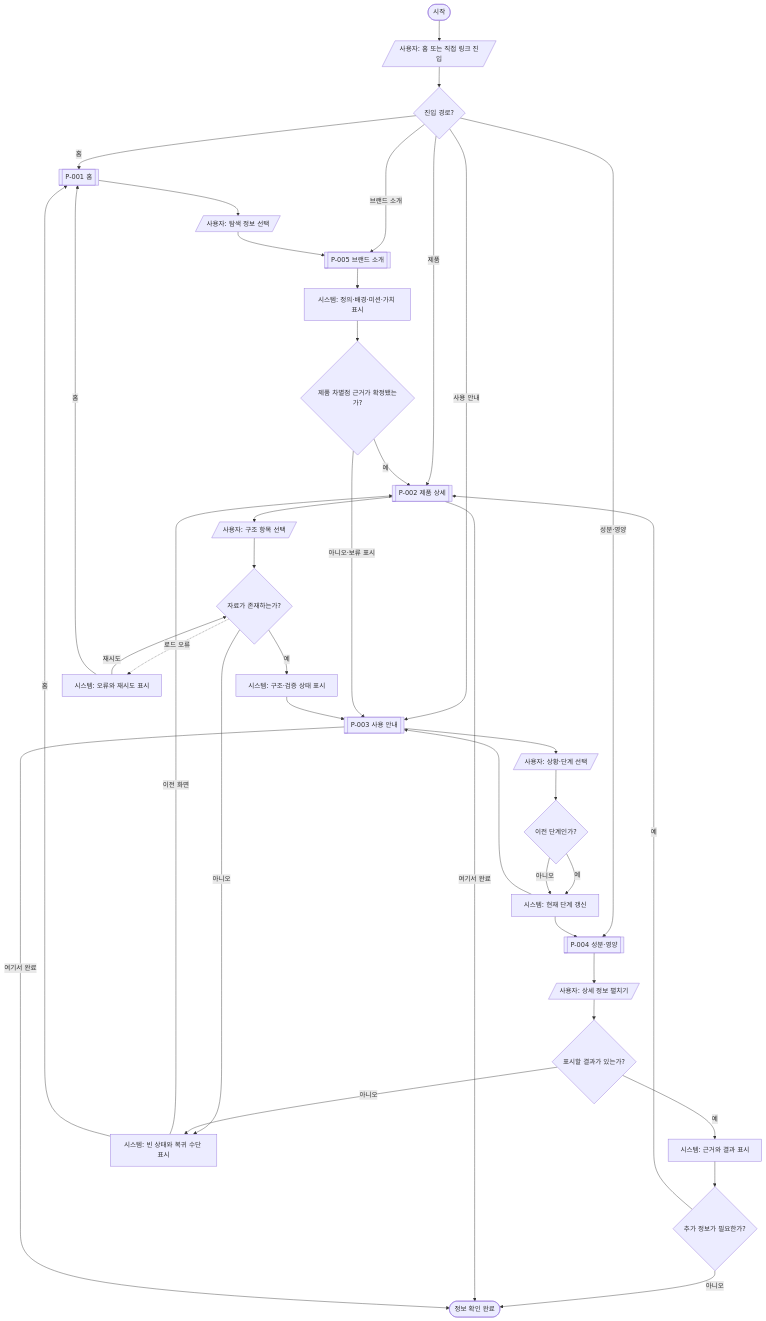
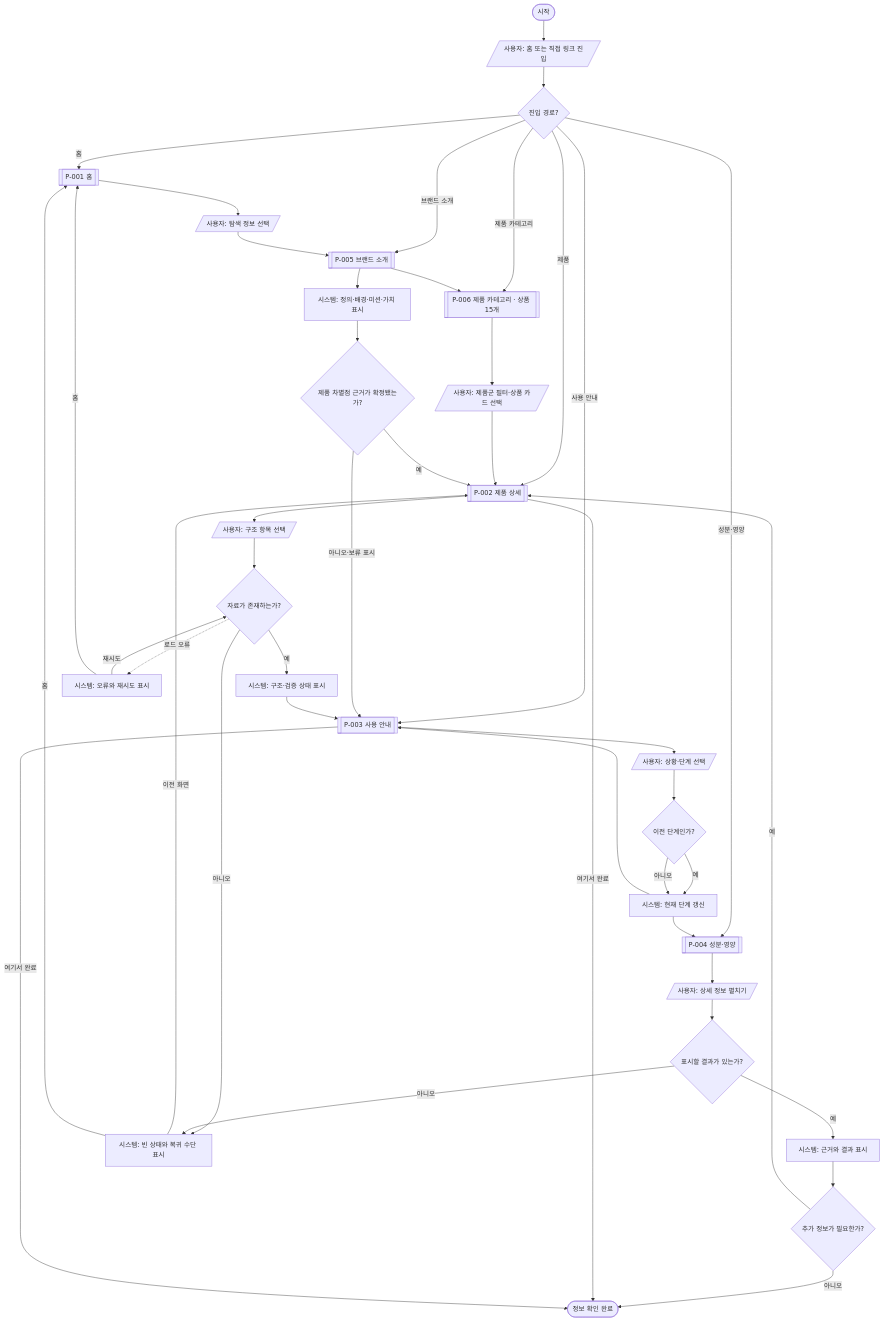
One commit to marthakim1-ship-it/Agent changed the diagram in kje/UIUXA/WIREFRAME/가상 클라이언트 설계 결과/001_서하린/서비스_흐름도.mmd. Above: the diagram before and after it, drawn with Mermaid. The commit also changed 21 other files, not shown here.

```diff
--- a/kje/UIUXA/WIREFRAME/가상 클라이언트 설계 결과/001_서하린/서비스_흐름도.mmd
+++ b/kje/UIUXA/WIREFRAME/가상 클라이언트 설계 결과/001_서하린/서비스_흐름도.mmd
@@ -1,54 +1,59 @@
 flowchart TD
     START(["시작"])
     ENTER[/"사용자: 홈 또는 직접 링크 진입"/]
     ROUTE{"진입 경로?"}
     HOME[["P-001 홈"]]
     CHOOSE[/"사용자: 탐색 정보 선택"/]
     DETAIL[["P-002 제품 상세"]]
     PICK[/"사용자: 구조 항목 선택"/]
     LOAD{"자료가 존재하는가?"}
     SHOW["시스템: 구조·검증 상태 표시"]
     GUIDE[["P-003 사용 안내"]]
     STEP[/"사용자: 상황·단계 선택"/]
     PREV{"이전 단계인가?"}
     UPDATE["시스템: 현재 단계 갱신"]
     TRUST[["P-004 성분·영양"]]
     BRAND[["P-005 브랜드 소개"]]
+    CATEGORY[["P-006 제품 카테고리 · 상품 15개"]]
+    FILTER[/"사용자: 제품군 필터·상품 카드 선택"/]
     READ["시스템: 정의·배경·미션·가치 표시"]
     VERIFY{"제품 차별점 근거가 확정됐는가?"}
     OPEN[/"사용자: 상세 정보 펼치기"/]
     EMPTY{"표시할 결과가 있는가?"}
     RESULT["시스템: 근거와 결과 표시"]
     EMPTY_STATE["시스템: 빈 상태와 복귀 수단 표시"]
     ERROR_STATE["시스템: 오류와 재시도 표시"]
     MORE{"추가 정보가 필요한가?"}
     END(["정보 확인 완료"])
 
     START --> ENTER --> ROUTE
     ROUTE -->|홈| HOME
     ROUTE -->|제품| DETAIL
     ROUTE -->|사용 안내| GUIDE
     ROUTE -->|성분·영양| TRUST
     ROUTE -->|브랜드 소개| BRAND
+    ROUTE -->|제품 카테고리| CATEGORY
     HOME --> CHOOSE --> BRAND
+    BRAND --> CATEGORY
+    CATEGORY --> FILTER --> DETAIL
     BRAND --> READ --> VERIFY
     VERIFY -->|예| DETAIL
     VERIFY -->|아니오·보류 표시| GUIDE
     DETAIL --> PICK --> LOAD
     LOAD -->|예| SHOW --> GUIDE
     LOAD -->|아니오| EMPTY_STATE
     LOAD -. "로드 오류" .-> ERROR_STATE
     GUIDE --> STEP --> PREV
     PREV -->|예| UPDATE --> GUIDE
     PREV -->|아니오| UPDATE --> TRUST
     TRUST --> OPEN --> EMPTY
     EMPTY -->|예| RESULT --> MORE
     EMPTY -->|아니오| EMPTY_STATE
     EMPTY_STATE -->|이전 화면| DETAIL
     EMPTY_STATE -->|홈| HOME
     ERROR_STATE -->|재시도| LOAD
     ERROR_STATE -->|홈| HOME
     MORE -->|예| DETAIL
     MORE -->|아니오| END
     DETAIL -->|여기서 완료| END
     GUIDE -->|여기서 완료| END
```
